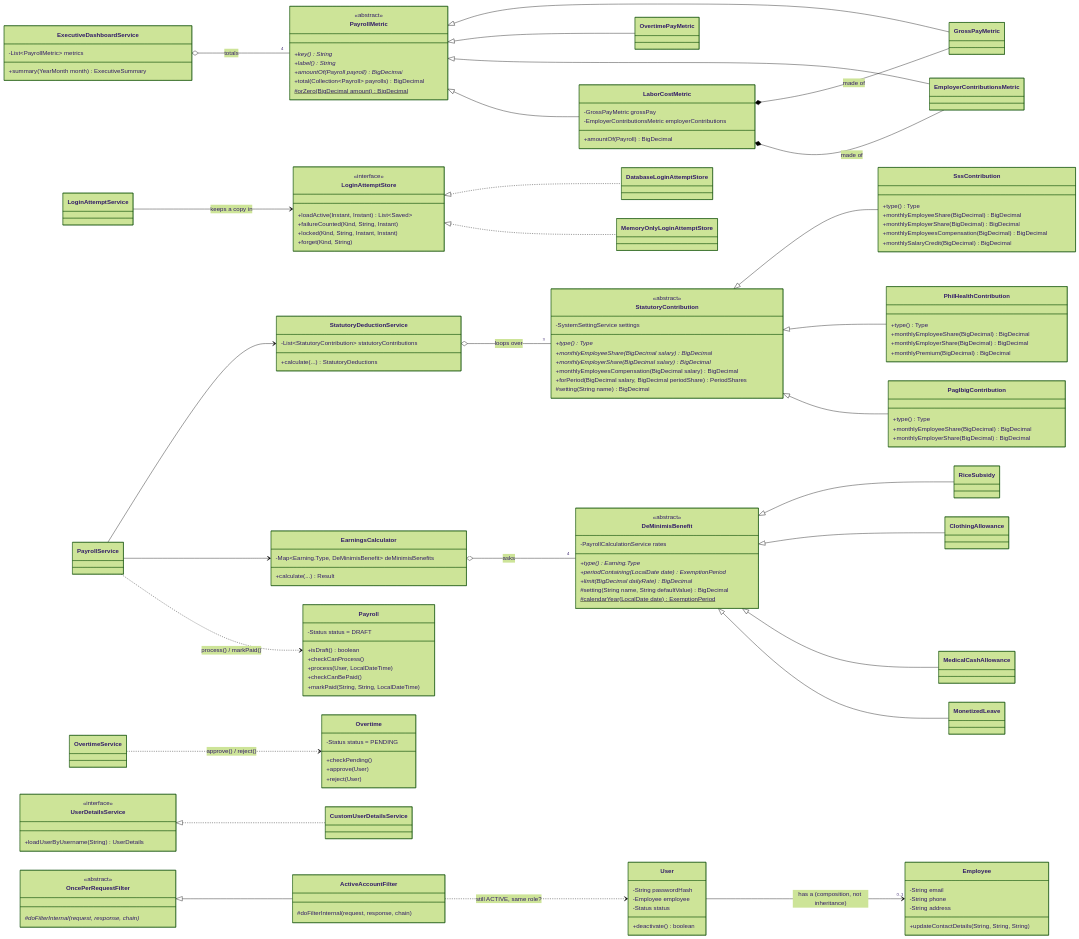
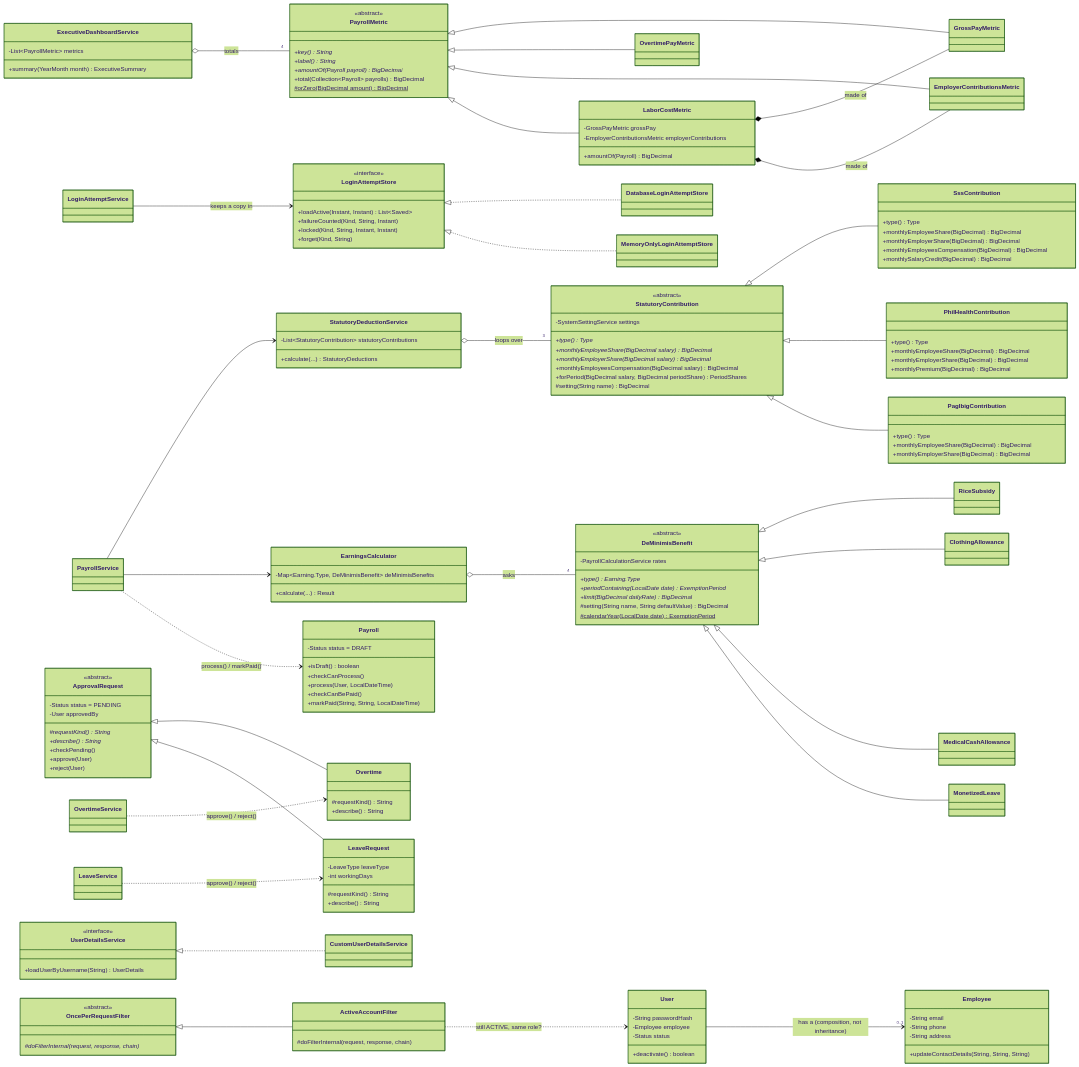
One commit to ArtXenos/Employger changed the diagram in docs/OOP_CONCEPTS.md. Above: the diagram before and after it, drawn with Mermaid (forest theme). The commit also changed other lines of this file and 35 other files, not shown here.

First line of the commit message:
Leave requests (V9); overtime and leave share ApprovalRequest

```diff
--- a/docs/OOP_CONCEPTS.md
+++ b/docs/OOP_CONCEPTS.md
@@ -469,14 +499,32 @@
         +checkCanBePaid()
         +markPaid(String, String, LocalDateTime)
     }
-    class Overtime {
+    class ApprovalRequest {
+        <<abstract>>
         -Status status = PENDING
+        -User approvedBy
+        #requestKind()* String
+        +describe()* String
         +checkPending()
         +approve(User)
         +reject(User)
     }
+    class Overtime {
+        #requestKind() String
+        +describe() String
+    }
+    class LeaveRequest {
+        -LeaveType leaveType
+        -int workingDays
+        #requestKind() String
+        +describe() String
+    }
+    ApprovalRequest <|-- Overtime
+    ApprovalRequest <|-- LeaveRequest
     class OvertimeService
     OvertimeService ..> Overtime : approve() / reject()
+    class LeaveService
+    LeaveService ..> LeaveRequest : approve() / reject()
 
     class User {
         -String passwordHash
```
